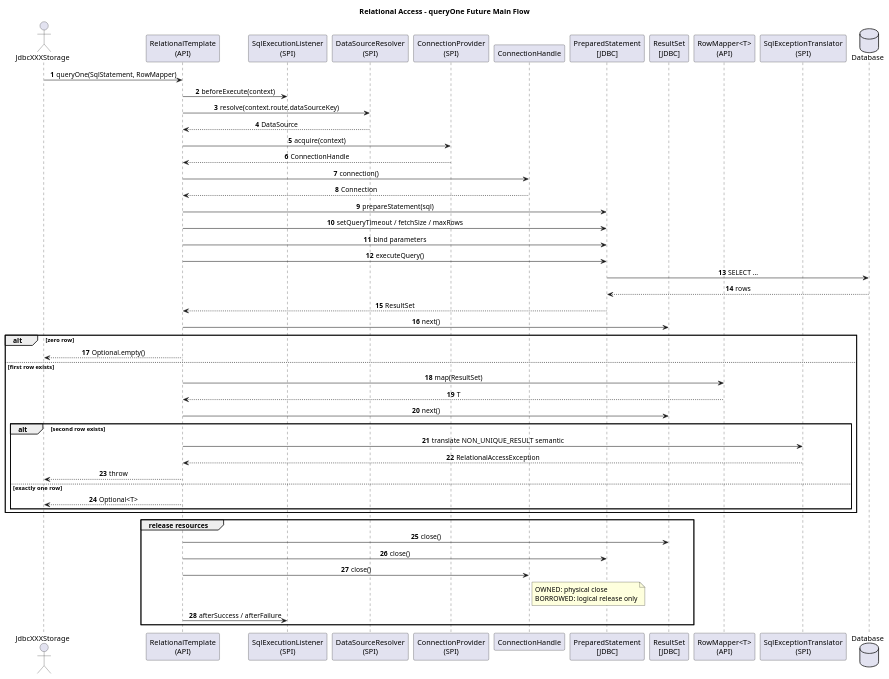
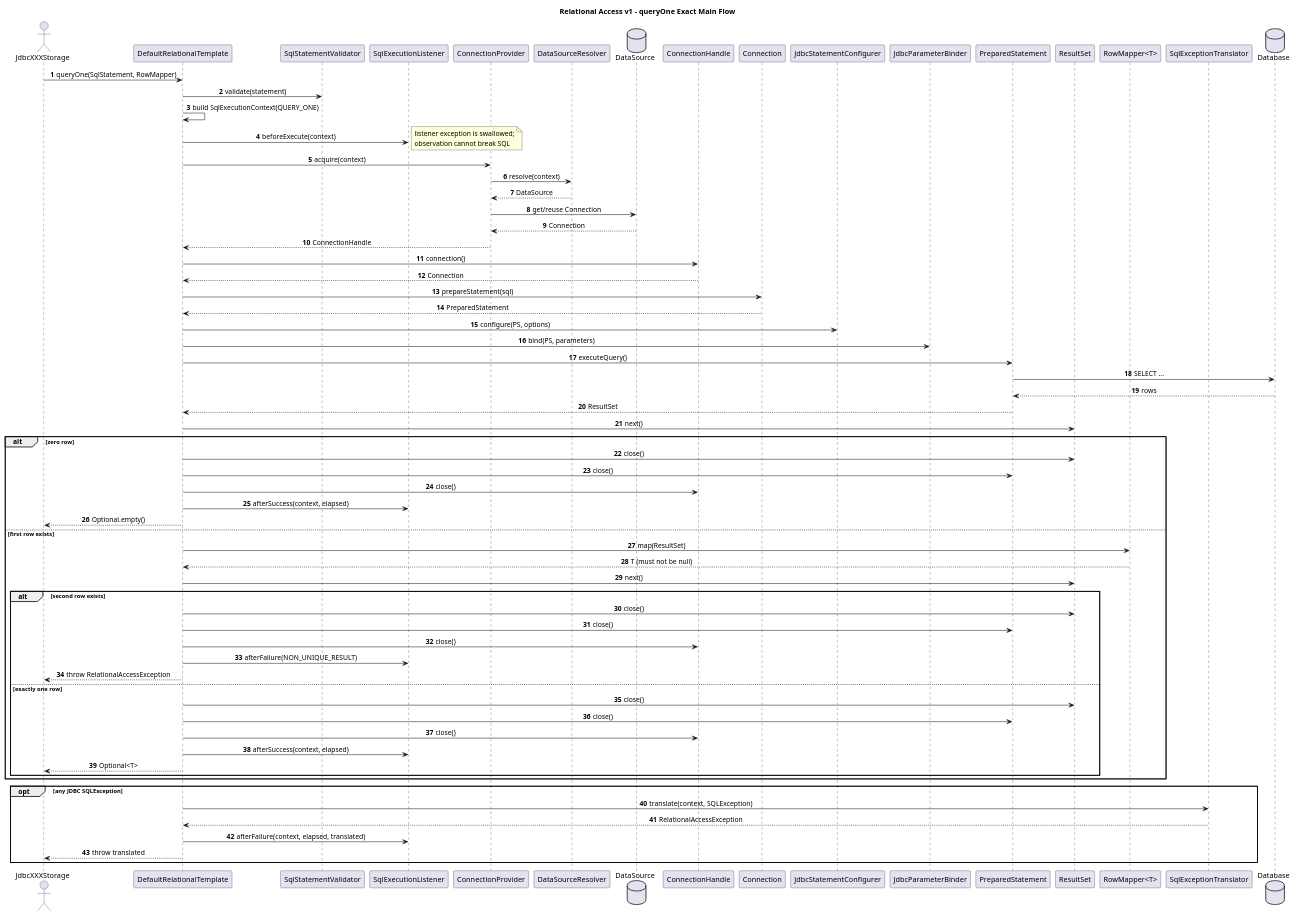
The diagram in component/relational-access-component/docs/sequence/00-query-one-flow.puml (pbxjtumse/cola-web-standard), drawn with PlantUML before and after one commit. The commit also changed 9 other files, not shown here.

Commit message:
docs(relational-access): align class catalog and uml with v1 code

```diff
--- a/component/relational-access-component/docs/sequence/00-query-one-flow.puml
+++ b/component/relational-access-component/docs/sequence/00-query-one-flow.puml
@@ -1,63 +1,85 @@
 @startuml
-title Relational Access - queryOne Future Main Flow
+title Relational Access v1 - queryOne Exact Main Flow
 
 autonumber
 skinparam shadowing false
 skinparam sequenceMessageAlign center
 
 actor "JdbcXXXStorage" as Caller
-participant "RelationalTemplate\n(API)" as RT
-participant "SqlExecutionListener\n(SPI)" as Listener
-participant "DataSourceResolver\n(SPI)" as DSR
-participant "ConnectionProvider\n(SPI)" as CP
+participant "DefaultRelationalTemplate" as RT
+participant "SqlStatementValidator" as Validator
+participant "SqlExecutionListener" as Listener
+participant "ConnectionProvider" as CP
+participant "DataSourceResolver" as DSR
+database "DataSource" as DS
 participant "ConnectionHandle" as Handle
-participant "PreparedStatement\n[JDBC]" as PS
-participant "ResultSet\n[JDBC]" as RS
-participant "RowMapper<T>\n(API)" as Mapper
-participant "SqlExceptionTranslator\n(SPI)" as Translator
+participant "Connection" as Conn
+participant "JdbcStatementConfigurer" as Configurer
+participant "JdbcParameterBinder" as Binder
+participant "PreparedStatement" as PS
+participant "ResultSet" as RS
+participant "RowMapper<T>" as Mapper
+participant "SqlExceptionTranslator" as Translator
 database Database as DB
 
 Caller -> RT : queryOne(SqlStatement, RowMapper)
+RT -> Validator : validate(statement)
+RT -> RT : build SqlExecutionContext(QUERY_ONE)
 RT -> Listener : beforeExecute(context)
-RT -> DSR : resolve(context.route.dataSourceKey)
-DSR --> RT : DataSource
+note right
+listener exception is swallowed;
+observation cannot break SQL
+end note
+
 RT -> CP : acquire(context)
+CP -> DSR : resolve(context)
+DSR --> CP : DataSource
+CP -> DS : get/reuse Connection
+DS --> CP : Connection
 CP --> RT : ConnectionHandle
+
 RT -> Handle : connection()
 Handle --> RT : Connection
-RT -> PS : prepareStatement(sql)
-RT -> PS : setQueryTimeout / fetchSize / maxRows
-RT -> PS : bind parameters
+RT -> Conn : prepareStatement(sql)
+Conn --> RT : PreparedStatement
+RT -> Configurer : configure(PS, options)
+RT -> Binder : bind(PS, parameters)
 RT -> PS : executeQuery()
 PS -> DB : SELECT ...
 DB --> PS : rows
 PS --> RT : ResultSet
 
 RT -> RS : next()
 alt zero row
+  RT -> RS : close()
+  RT -> PS : close()
+  RT -> Handle : close()
+  RT -> Listener : afterSuccess(context, elapsed)
   RT --> Caller : Optional.empty()
 else first row exists
   RT -> Mapper : map(ResultSet)
-  Mapper --> RT : T
+  Mapper --> RT : T (must not be null)
   RT -> RS : next()
   alt second row exists
-    RT -> Translator : translate NON_UNIQUE_RESULT semantic
-    Translator --> RT : RelationalAccessException
-    RT --> Caller : throw
+    RT -> RS : close()
+    RT -> PS : close()
+    RT -> Handle : close()
+    RT -> Listener : afterFailure(NON_UNIQUE_RESULT)
+    RT --> Caller : throw RelationalAccessException
   else exactly one row
+    RT -> RS : close()
+    RT -> PS : close()
+    RT -> Handle : close()
+    RT -> Listener : afterSuccess(context, elapsed)
     RT --> Caller : Optional<T>
   end
 end
 
-group release resources
-  RT -> RS : close()
-  RT -> PS : close()
-  RT -> Handle : close()
-  note right of Handle
-  OWNED: physical close
-  BORROWED: logical release only
-  end note
-  RT -> Listener : afterSuccess / afterFailure
+opt any JDBC SQLException
+  RT -> Translator : translate(context, SQLException)
+  Translator --> RT : RelationalAccessException
+  RT -> Listener : afterFailure(context, elapsed, translated)
+  RT --> Caller : throw translated
 end
 
 @enduml
```
